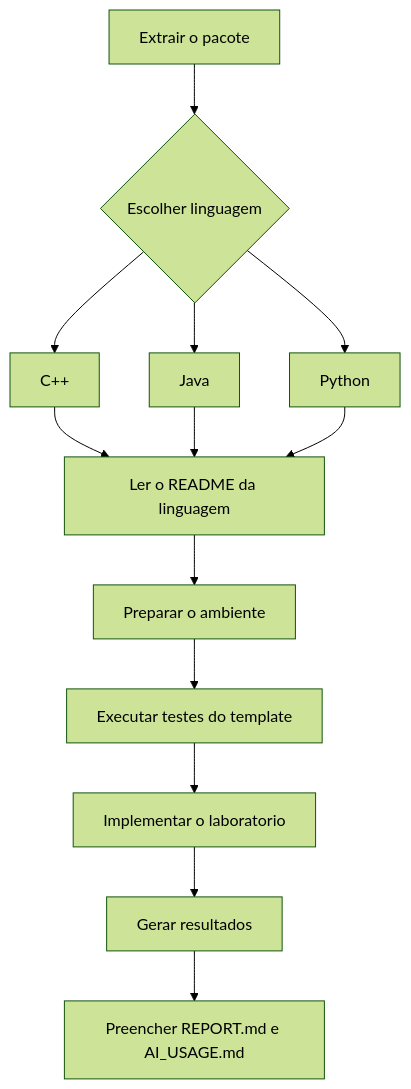
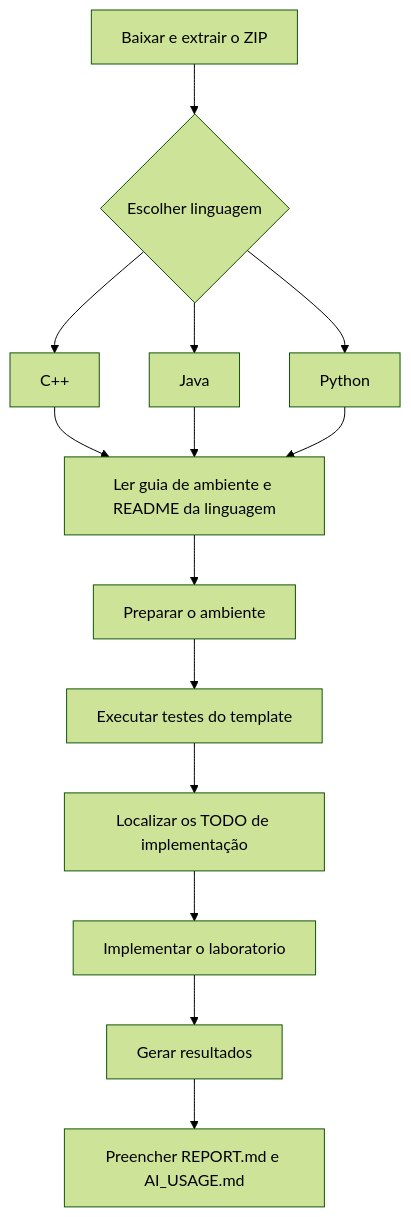
One commit to m4rc3lo/pdi_template changed the second of 2 diagrams in README.md. Above: the diagram before and after it, drawn with Mermaid (forest theme). The commit also changed other lines of this file, not shown here.

Commit message:
docs: destaca preparação do ambiente no README

````diff
--- a/README.md
+++ b/README.md
@@ -44,15 +46,16 @@
 ```mermaid
 flowchart TD
-    A[Extrair o pacote] --> B{Escolher linguagem}
+    A[Baixar e extrair o ZIP] --> B{Escolher linguagem}
     B --> C[C++]
     B --> D[Java]
     B --> E[Python]
-    C --> F[Ler o README da linguagem]
+    C --> F[Ler guia de ambiente e README da linguagem]
     D --> F
     E --> F
     F --> G[Preparar o ambiente]
     G --> H[Executar testes do template]
-    H --> I[Implementar o laboratorio]
-    I --> J[Gerar resultados]
-    J --> K[Preencher REPORT.md e AI_USAGE.md]
+    H --> I[Localizar os TODO de implementação]
+    I --> J[Implementar o laboratorio]
+    J --> K[Gerar resultados]
+    K --> L[Preencher REPORT.md e AI_USAGE.md]
 ```
````
